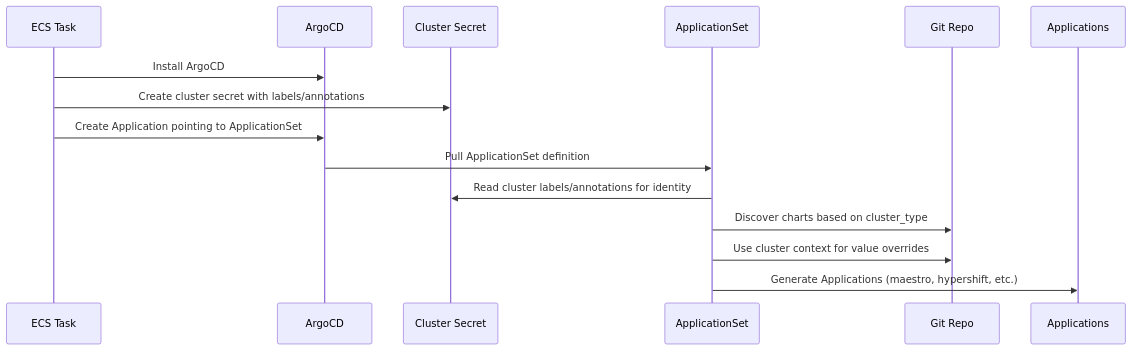
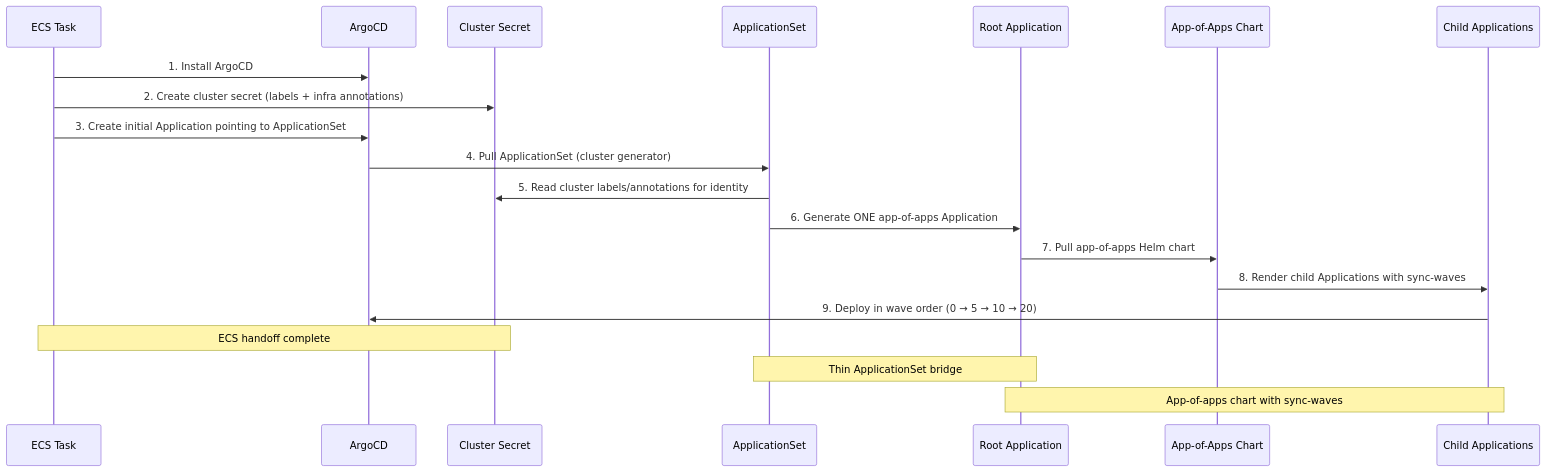
One commit to rosa-regional-platform-ci/rosa-regional-platform changed the diagram in docs/design/gitops-cluster-configuration.md. Above: the diagram before and after it, drawn with Mermaid. The commit also changed other lines of this file and 27 other files, not shown here.

Commit message:
Refactor to app-of-apps with sync-wave ordering

````diff
--- a/docs/design/gitops-cluster-configuration.md
+++ b/docs/design/gitops-cluster-configuration.md
@@ -40,18 +40,24 @@
 ```mermaid
 sequenceDiagram
     participant ECS as ECS Task
     participant ArgoCD as ArgoCD
     participant Secret as Cluster Secret
     participant AppSet as ApplicationSet
-    participant Git as Git Repo
-    participant Apps as Applications
+    participant Root as Root Application
+    participant AoA as App-of-Apps Chart
+    participant Children as Child Applications
 
-    ECS->>ArgoCD: Install ArgoCD
-    ECS->>Secret: Create cluster secret with labels/annotations
-    ECS->>ArgoCD: Create Application pointing to ApplicationSet
-    ArgoCD->>AppSet: Pull ApplicationSet definition
-    AppSet->>Secret: Read cluster labels/annotations for identity
-    AppSet->>Git: Discover charts based on cluster_type
-    AppSet->>Git: Use cluster context for value overrides
-    AppSet->>Apps: Generate Applications (maestro, hypershift, etc.)
+    ECS->>ArgoCD: 1. Install ArgoCD
+    ECS->>Secret: 2. Create cluster secret (labels + infra annotations)
+    ECS->>ArgoCD: 3. Create initial Application pointing to ApplicationSet
+    ArgoCD->>AppSet: 4. Pull ApplicationSet (cluster generator)
+    AppSet->>Secret: 5. Read cluster labels/annotations for identity
+    AppSet->>Root: 6. Generate ONE app-of-apps Application
+    Root->>AoA: 7. Pull app-of-apps Helm chart
+    AoA->>Children: 8. Render child Applications with sync-waves
+    Children->>ArgoCD: 9. Deploy in wave order (0 → 5 → 10 → 20)
+
+    Note over ECS,Secret: ECS handoff complete
+    Note over AppSet,Root: Thin ApplicationSet bridge
+    Note over Root,Children: App-of-apps chart with sync-waves
 ```
````
